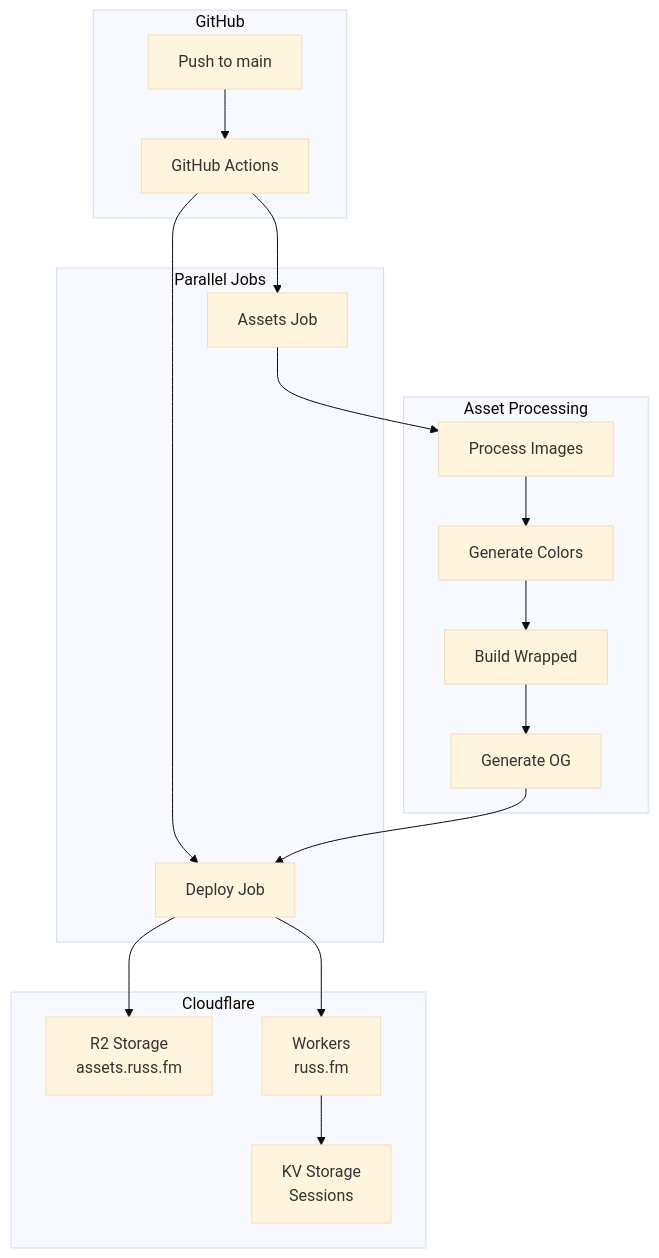
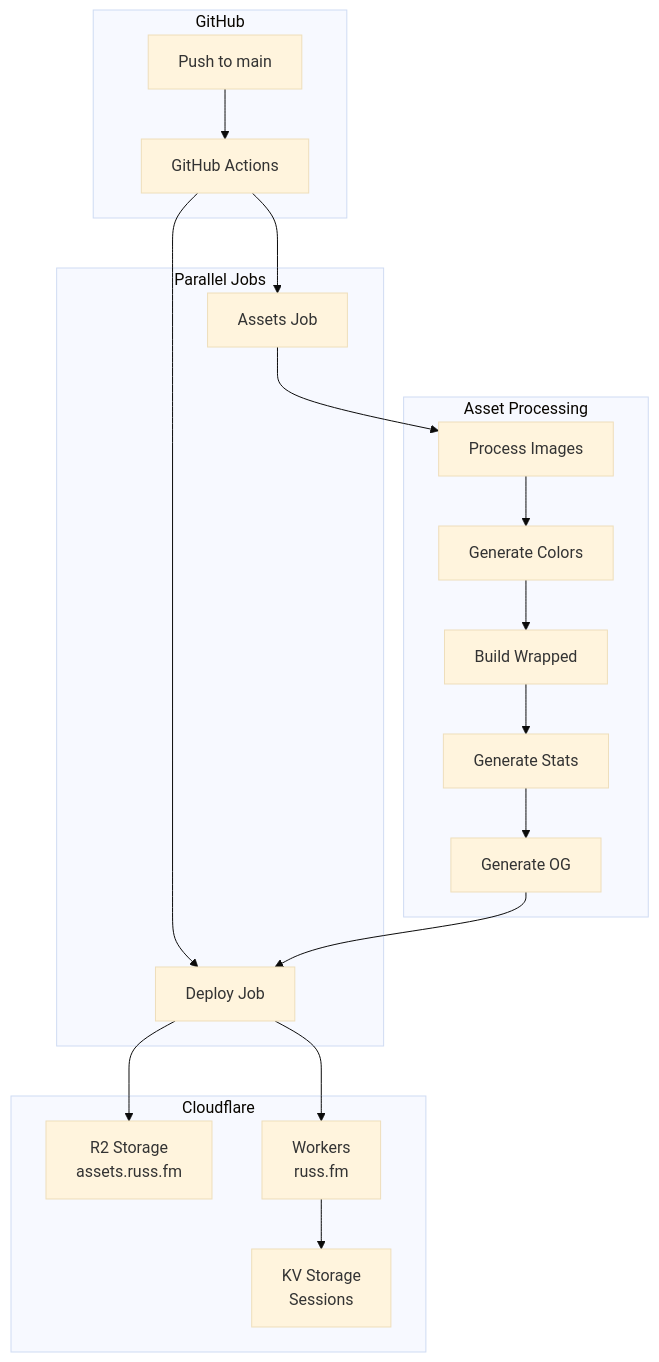
Before and after one commit to russmckendrick/russ-fm: the diagram in docs/build-pipeline/deployment.md, drawn with Mermaid (base theme). The commit also changed other lines of this file and 60 other files, not shown here.

````diff
--- a/docs/build-pipeline/deployment.md
+++ b/docs/build-pipeline/deployment.md
@@ -7,39 +7,41 @@
 ```mermaid
 flowchart TB
     subgraph GitHub["GitHub"]
         Push[Push to main]
         Actions[GitHub Actions]
     end
 
     subgraph Jobs["Parallel Jobs"]
         Assets[Assets Job]
         Deploy[Deploy Job]
     end
 
     subgraph Processing["Asset Processing"]
         Images[Process Images]
         Colors[Generate Colors]
         Wrapped[Build Wrapped]
+        Stats[Generate Stats]
         OG[Generate OG]
     end
 
     subgraph Cloudflare["Cloudflare"]
         R2[R2 Storage<br>assets.russ.fm]
         Workers[Workers<br>russ.fm]
         KV[KV Storage<br>Sessions]
     end
 
     Push --> Actions
     Actions --> Assets
     Actions --> Deploy
 
     Assets --> Images
     Images --> Colors
     Colors --> Wrapped
-    Wrapped --> OG
+    Wrapped --> Stats
+    Stats --> OG
 
     OG --> Deploy
     Deploy --> R2
     Deploy --> Workers
     Workers --> KV
 ```
````
